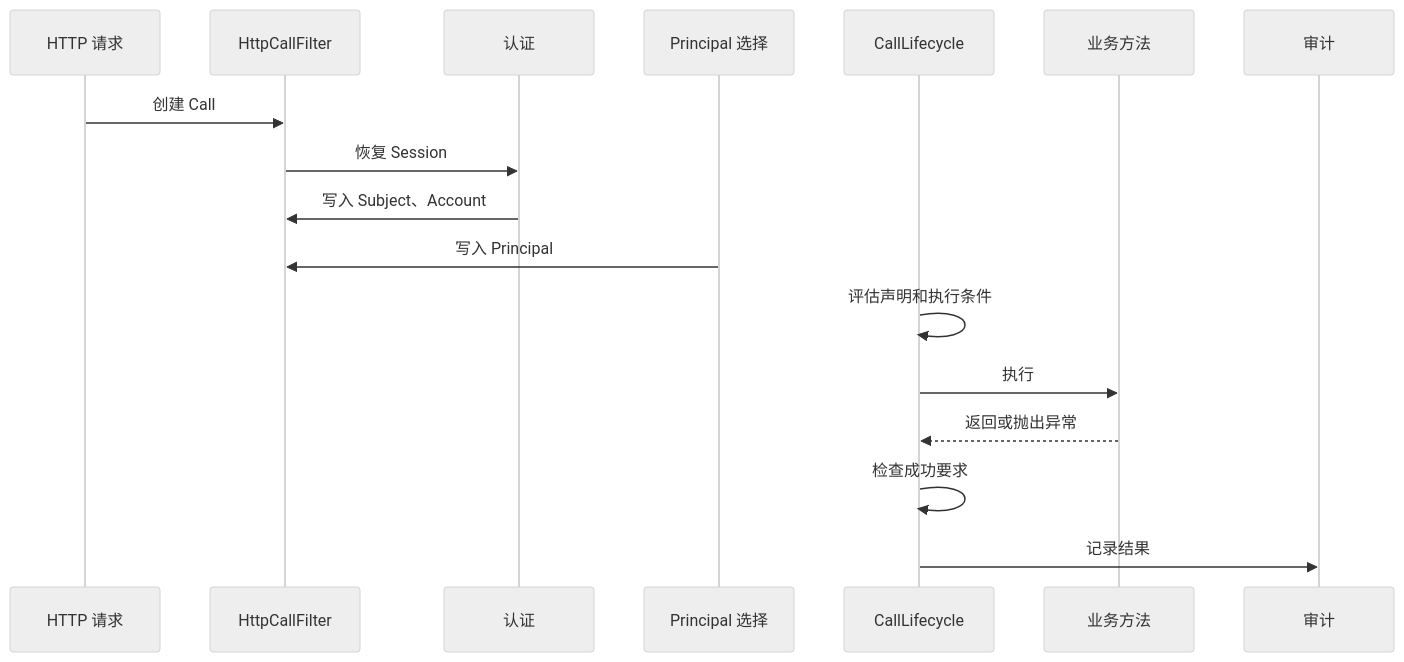
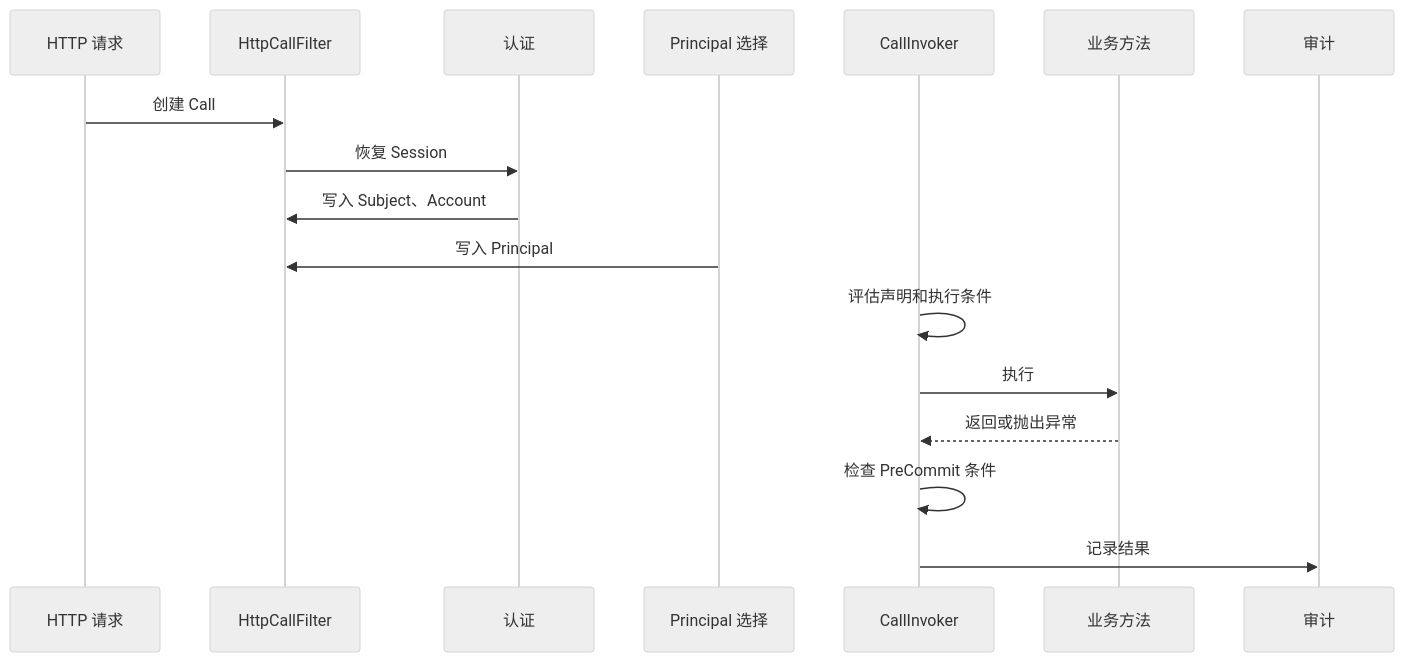
The sixth of 6 diagrams in docs/home/permission.md (SH-XiaoXiu/sca4d-j), drawn with Mermaid (neutral theme) before and after one commit. The commit also changed other lines of this file and 215 other files, not shown here.

````diff
--- a/docs/home/permission.md
+++ b/docs/home/permission.md
@@ -275,19 +279,19 @@
 ```mermaid
 sequenceDiagram
     participant Request as HTTP 请求
     participant Call as HttpCallFilter
     participant Auth as 认证
     participant Select as Principal 选择
-    participant Life as CallLifecycle
+    participant Life as CallInvoker
     participant Method as 业务方法
     participant Audit as 审计
     Request->>Call: 创建 Call
     Call->>Auth: 恢复 Session
     Auth->>Call: 写入 Subject、Account
     Select->>Call: 写入 Principal
     Life->>Life: 评估声明和执行条件
     Life->>Method: 执行
     Method-->>Life: 返回或抛出异常
-    Life->>Life: 检查成功要求
+    Life->>Life: 检查 PreCommit 条件
     Life->>Audit: 记录结果
 ```
````
